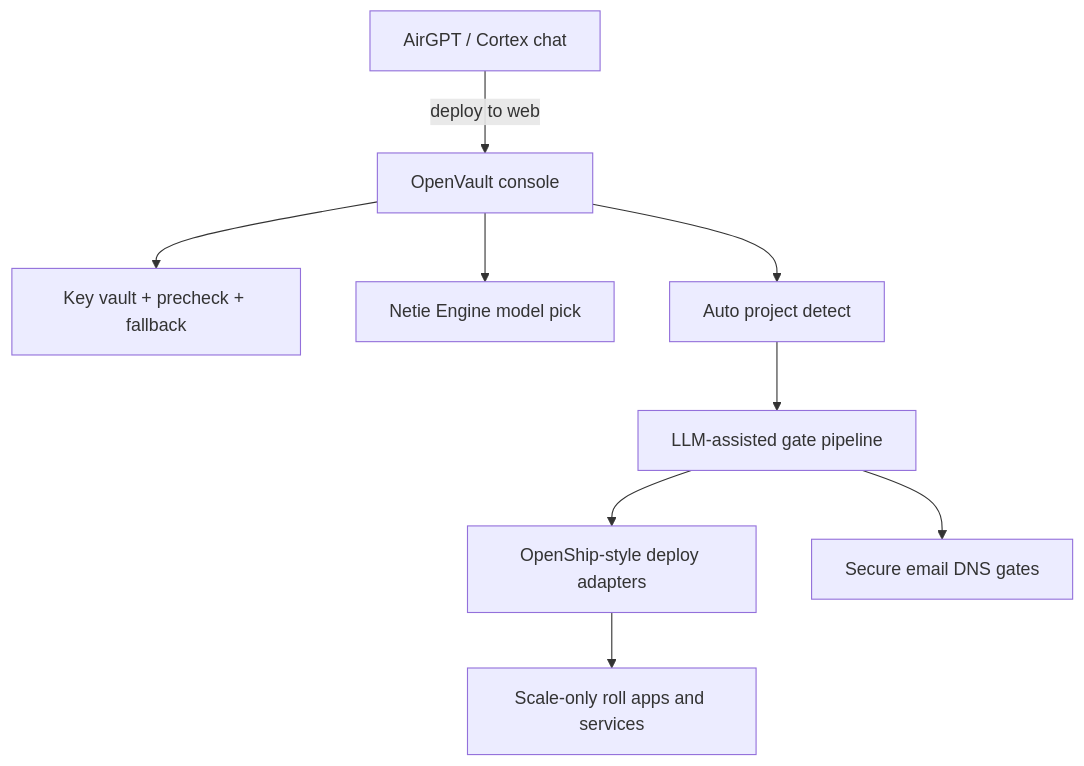
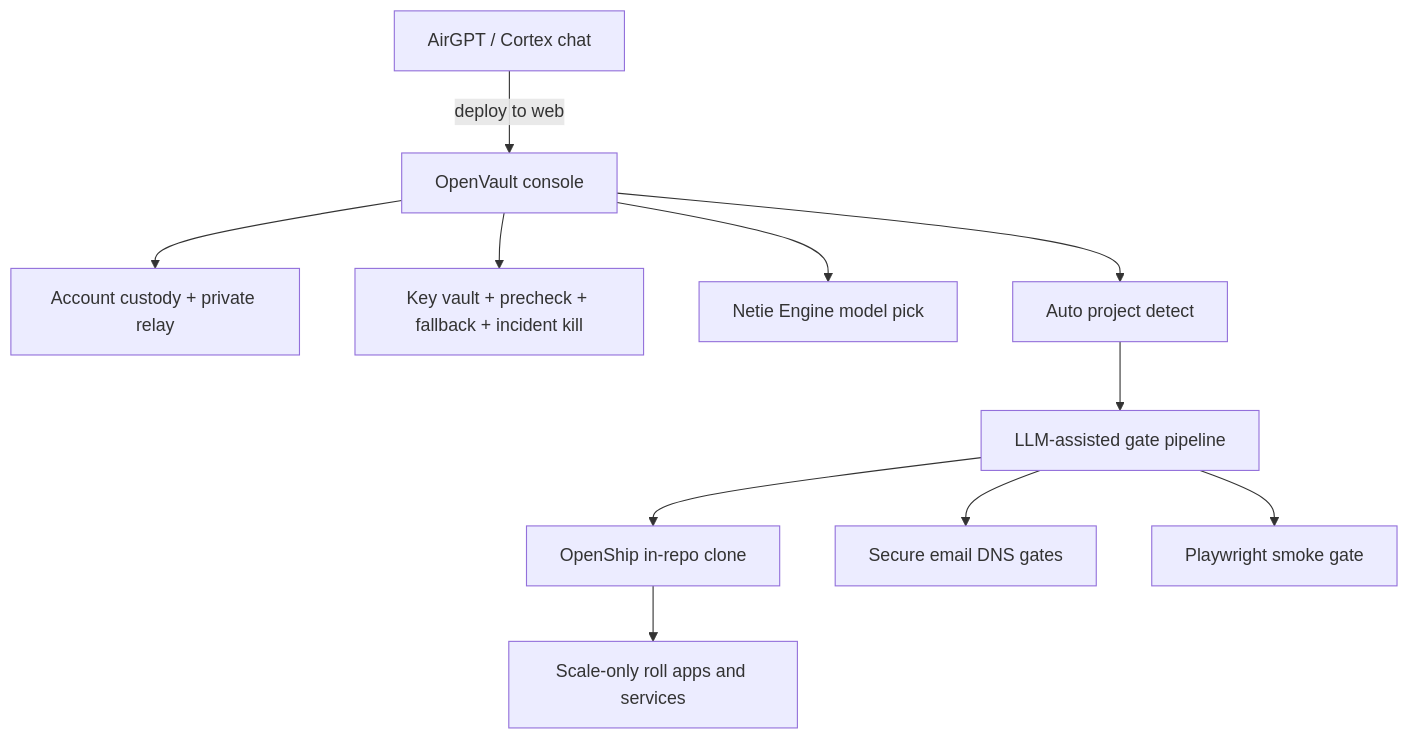
One commit to Netie-AI/OpenVault changed the diagram in docs/OPENVAULT_SCALE_MERGE.md. Above: the diagram before and after it, drawn with Mermaid. The commit also changed other lines of this file and 10 other files, not shown here.

First line of the commit message:
feat(OpenVault): account custody, OpenShip clone, Playwright smoke gate

````diff
--- a/docs/OPENVAULT_SCALE_MERGE.md
+++ b/docs/OPENVAULT_SCALE_MERGE.md
@@ -8,21 +8,25 @@
 ```mermaid
 flowchart TB
   AirGPT[AirGPT / Cortex chat]
   OV[OpenVault console]
-  Keys[Key vault + precheck + fallback]
+  Acct[Account custody + private relay]
+  Keys[Key vault + precheck + fallback + incident kill]
   Engine[Netie Engine model pick]
   Detect[Auto project detect]
   Gates[LLM-assisted gate pipeline]
-  Ship[OpenShip-style deploy adapters]
+  Ship[OpenShip in-repo clone]
   Mail[Secure email DNS gates]
+  Smoke[Playwright smoke gate]
   Scale[Scale-only roll apps and services]
 
   AirGPT -->|"deploy to web"| OV
+  OV --> Acct
   OV --> Keys
   OV --> Engine
   OV --> Detect
   Detect --> Gates
   Gates --> Ship
   Gates --> Mail
+  Gates --> Smoke
   Ship --> Scale
 ```
````
